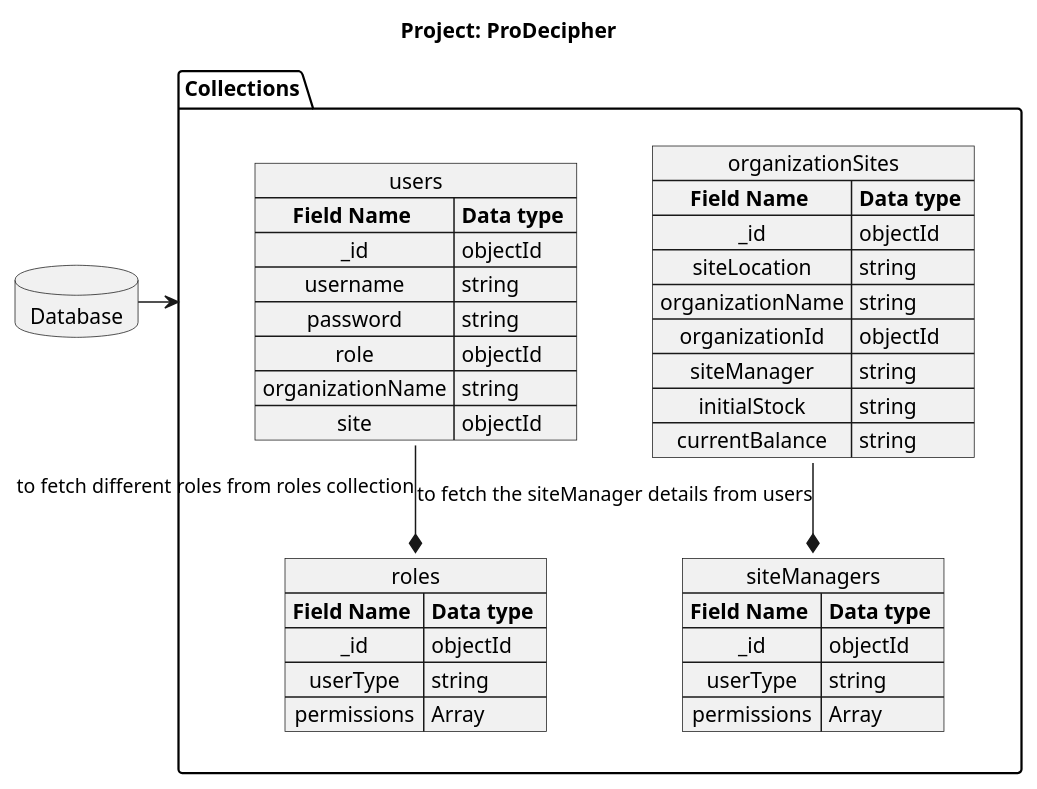
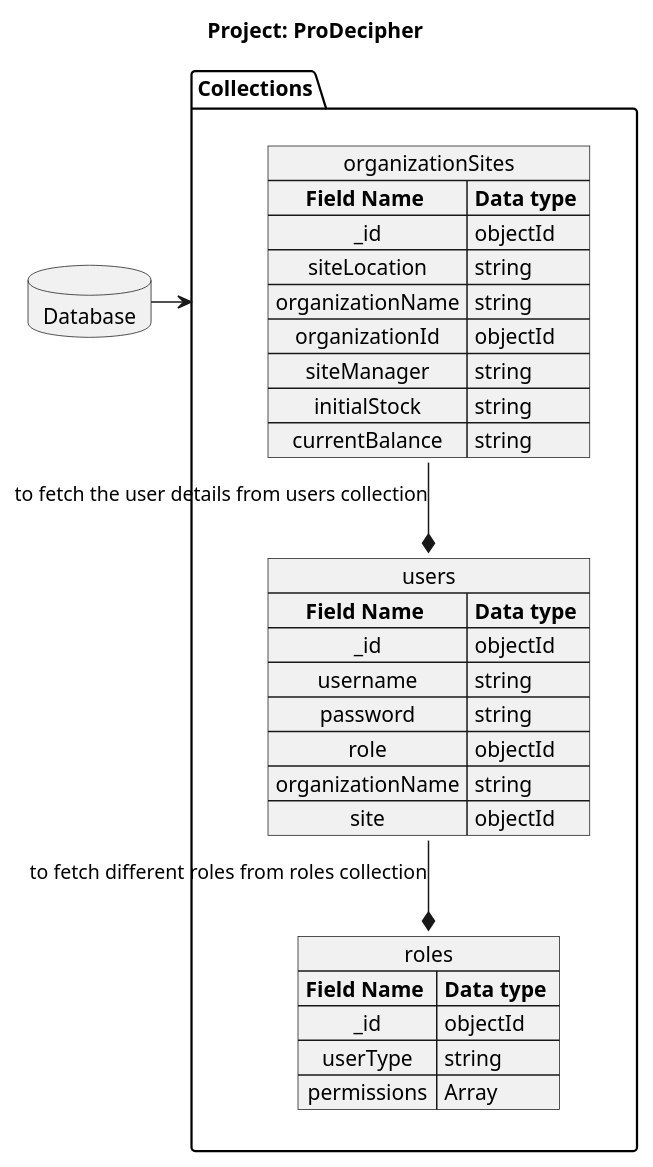
Before and after one commit to govind-amt/pro-mvp-api: the diagram in libs/diagrams/dbSchema.puml, drawn with PlantUML. The commit also changed 6 other files, not shown here.

```diff
--- a/libs/diagrams/dbSchema.puml
+++ b/libs/diagrams/dbSchema.puml
@@ -1,55 +1,50 @@
 @startuml Project
 'left to right direction
 'https://plantuml.com/object-diagram
 hide circle
 skinparam linetype ortho
 ' Horizontal lines: -->, <--, <-->
 ' Vertical lines: ->, <-, <->
 title Project: ProDecipher
 
 database Database
 package Collections{
 map organizationSites {
      **Field Name ** => **Data type **
     _id => objectId
     siteLocation => string
     organizationName => string
     organizationId => objectId
     siteManager => string
     initialStock => string
     currentBalance => string
 }
 map users {
    **Field Name ** => **Data type **
         _id => objectId
         username => string
         password => string
         role => objectId
         organizationName => string
         site => objectId
 
 }
-map siteManagers {
- **Field Name ** => **Data type **
-        _id => objectId
-        userType => string
-        permissions => Array
-}
+
 map roles {
  **Field Name ** => **Data type **
         _id => objectId
         userType => string
         permissions => Array
 }
 }
 
 
 
 users --* roles: to fetch different roles from roles collection
 Database -> Collections
-organizationSites --* siteManagers: to fetch the siteManager details from users
+organizationSites --* users: to fetch the user details from users collection
 
 
 
 
 @enduml
```
